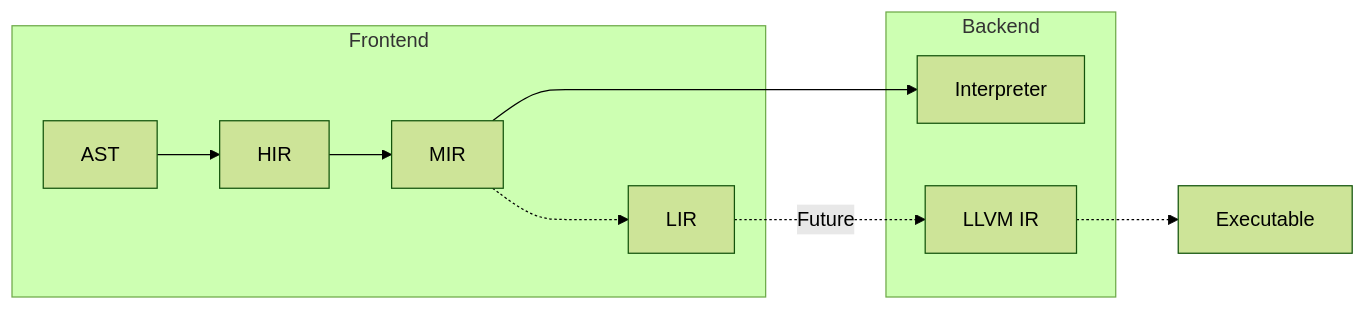
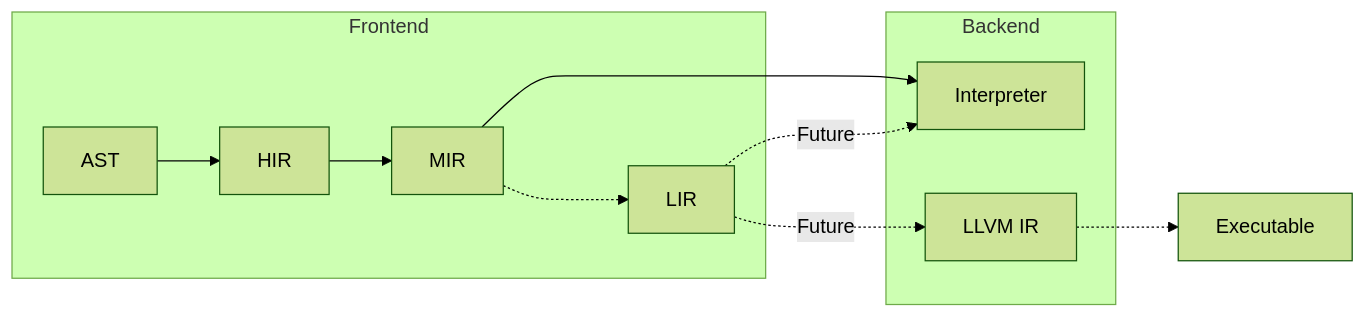
The diagram in docs/compiler/index.md (mew-lang/docs), drawn with Mermaid (forest theme) before and after one commit. The commit also changed other lines of this file, not shown here.

````diff
--- a/docs/compiler/index.md
+++ b/docs/compiler/index.md
@@ -10,13 +10,14 @@
 ```mermaid
 flowchart LR;
     subgraph Frontend
     AST-->HIR
     HIR-->MIR
     MIR-..->LIR
     end
     subgraph Backend
     MIR-->Interpreter
+    LIR-. Future .->Interpreter
     LIR-. Future .->LLVM["LLVM IR"]
     end
     LLVM-.->Executable
 ```
````
